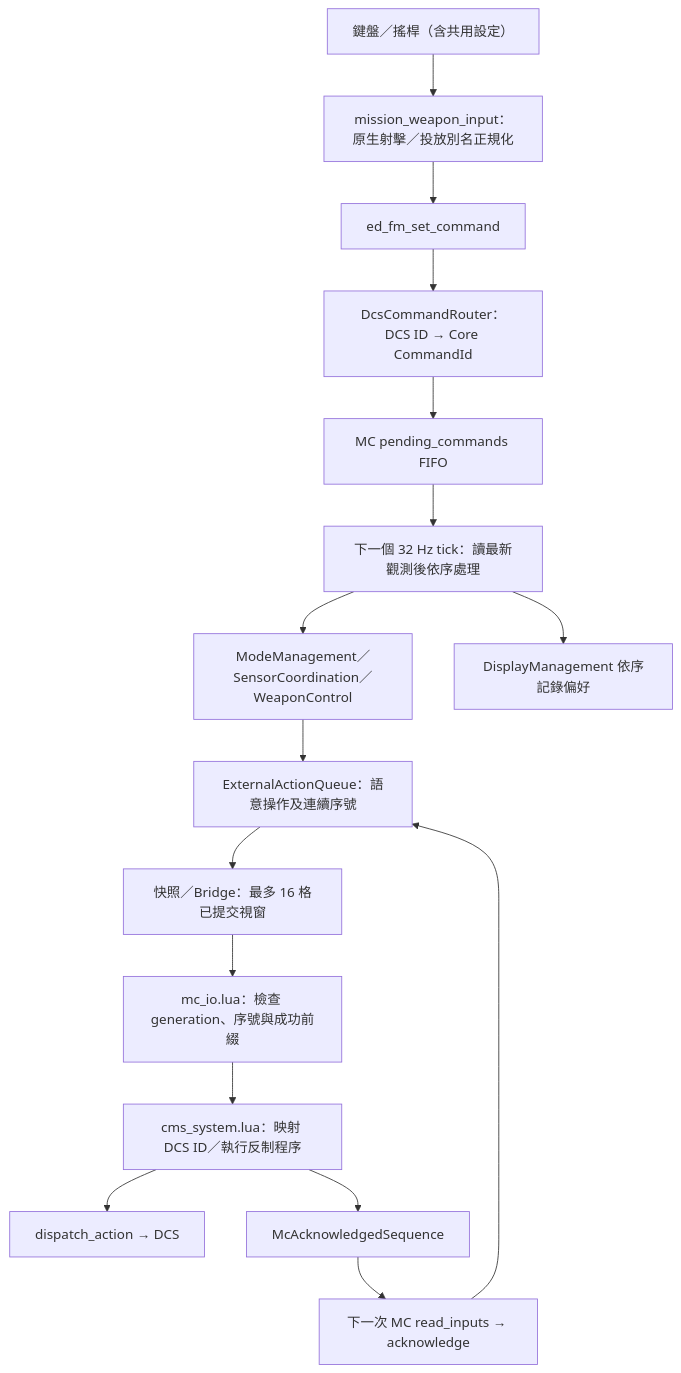
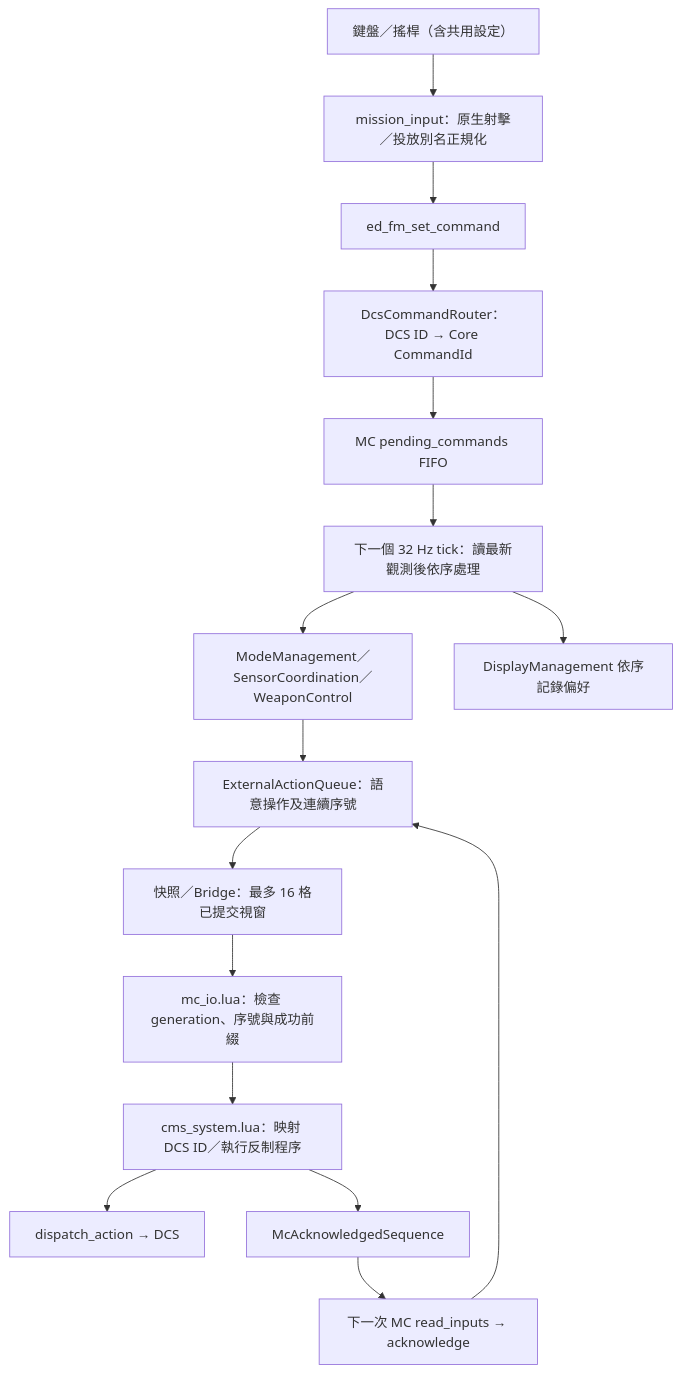
One commit to jjjjj103074/F-CK-1C changed the second of 2 diagrams in docs/MC_MIGRATION_REPORT.md. Above: the diagram before and after it, drawn with Mermaid. The commit also changed other lines of this file and 29 other files, not shown here.

````diff
--- a/docs/MC_MIGRATION_REPORT.md
+++ b/docs/MC_MIGRATION_REPORT.md
@@ -181,18 +181,18 @@
 ```mermaid
 flowchart TD
-    KEY["鍵盤／搖桿（含共用設定）"] --> NORM["mission_weapon_input：原生射擊／投放別名正規化"]
+    KEY["鍵盤／搖桿（含共用設定）"] --> NORM["mission_input：原生射擊／投放別名正規化"]
     NORM --> EFM["ed_fm_set_command"]
     EFM --> ROUTER["DcsCommandRouter：DCS ID → Core CommandId"]
     ROUTER --> FIFO["MC pending_commands FIFO"]
     FIFO --> TICK["下一個 32 Hz tick：讀最新觀測後依序處理"]
     TICK --> MODE["ModeManagement／SensorCoordination／WeaponControl"]
     TICK --> PREF["DisplayManagement 依序記錄偏好"]
     MODE --> QUEUE["ExternalActionQueue：語意操作及連續序號"]
     QUEUE --> WINDOW["快照／Bridge：最多 16 格已提交視窗"]
     WINDOW --> IO["mc_io.lua：檢查 generation、序號與成功前綴"]
     IO --> CMS["cms_system.lua：映射 DCS ID／執行反制程序"]
     CMS --> DISPATCH["dispatch_action → DCS"]
     CMS --> ACK["McAcknowledgedSequence"]
     ACK --> READ["下一次 MC read_inputs → acknowledge"]
     READ --> QUEUE
 ```
````
